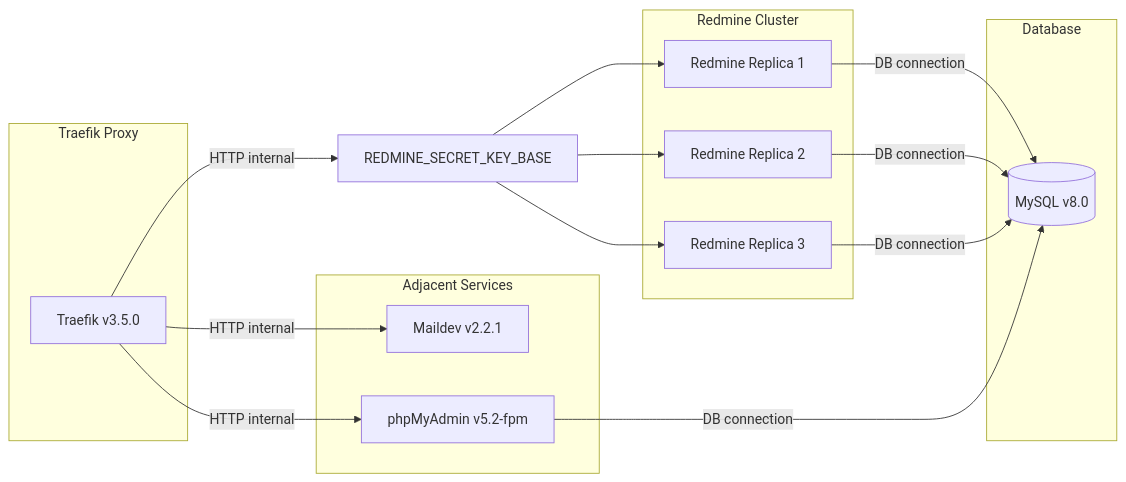
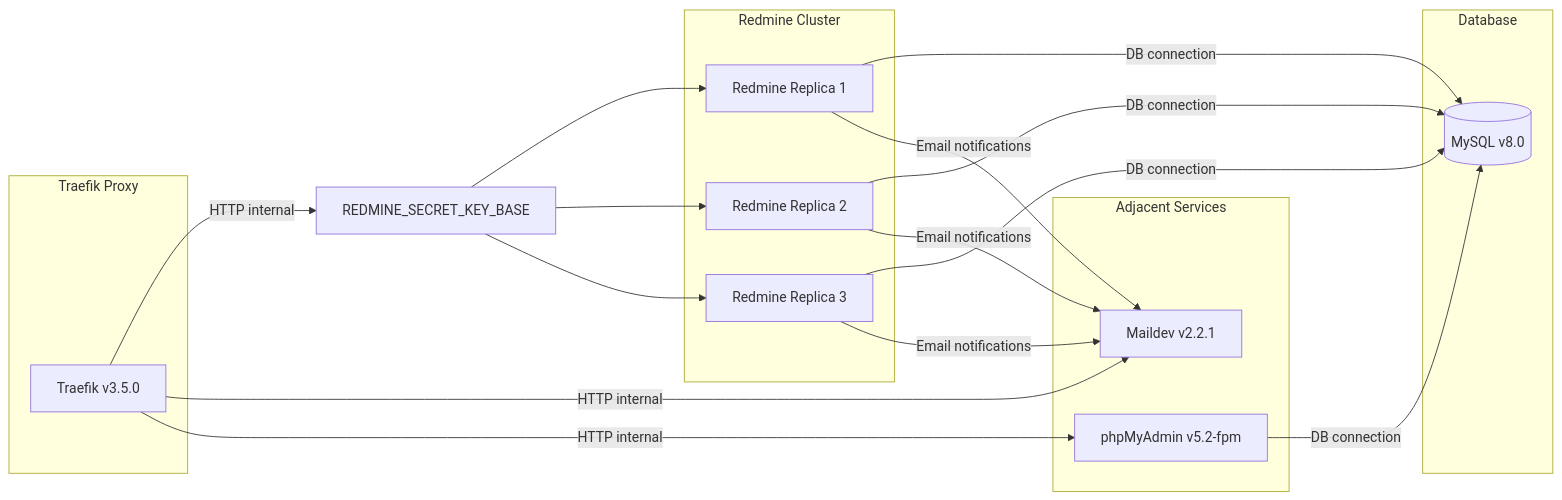
Before and after one commit to mortzkeblar/actividad8-contenedores-integrador1: the diagram in README.md, drawn with Mermaid.

Commit message:
Se agrega relación entre Redmine y maildev al diagrama mermaid

````diff
--- a/README.md
+++ b/README.md
@@ -5,36 +5,39 @@
 ``` mermaid
 graph LR
 	subgraph Traefik ["Traefik Proxy"]
 		traefik[Traefik v3.5.0]
 	end
 
 	secret["REDMINE_SECRET_KEY_BASE"]
 
 	subgraph Redmine["Redmine Cluster"]
 		redmine1[Redmine Replica 1]
 		redmine2[Redmine Replica 2]
 		redmine3[Redmine Replica 3]
 	end
 	
 	subgraph AdjServices["Adjacent Services"]
 		maildev[Maildev v2.2.1]
 		phpmyadmin[phpMyAdmin v5.2-fpm]
 	end
 	
 	subgraph Database["Database"]
 		db[(MySQL v8.0)]
 	end
 
 	traefik -->|HTTP internal| secret
 	secret --> redmine1
 	secret --> redmine2
 	secret --> redmine3
 	traefik -->|HTTP internal| maildev
 	traefik -->|HTTP internal| phpmyadmin
 
 	redmine1 -->|DB connection| db
 	redmine2 -->|DB connection| db
 	redmine3 -->|DB connection| db
 	phpmyadmin -->|DB connection| db
 
+    redmine1 -->|Email notifications| maildev
+	redmine2 -->|Email notifications| maildev
+	redmine3 -->|Email notifications| maildev
 ```
````
